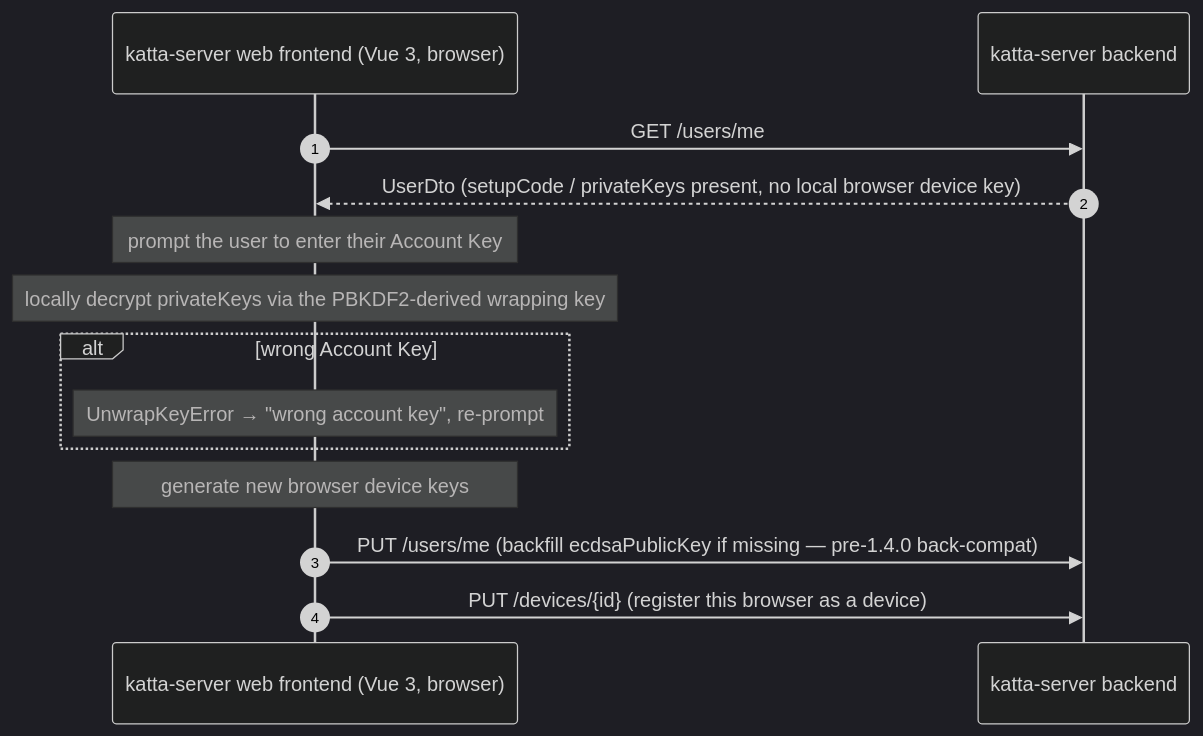
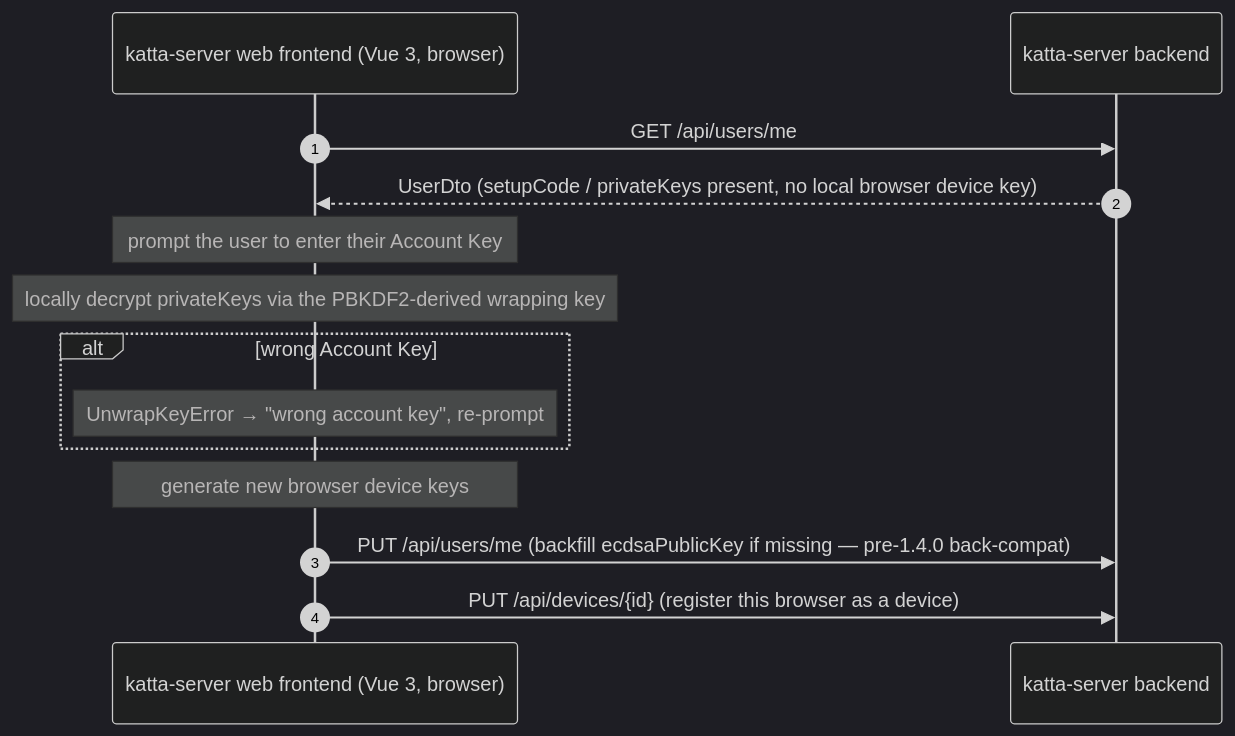
The fourth of 5 diagrams in docs/account_key_interactions.md (shift7-ch/katta-clientlib), drawn with Mermaid (dark theme) before and after one commit. The commit also changed other lines of this file and 3 other files, not shown here.

First line of the commit message:
Normalize all backend endpoint paths to the /api prefix

````diff
--- a/docs/account_key_interactions.md
+++ b/docs/account_key_interactions.md
@@ -129,16 +129,16 @@
 ```mermaid
 sequenceDiagram
     autonumber
     participant Web as katta-server web frontend (Vue 3, browser)
     participant HubBackend as katta-server backend
-    Web ->> HubBackend: GET /users/me
+    Web ->> HubBackend: GET /api/users/me
     HubBackend -->> Web: UserDto (setupCode / privateKeys present, no local browser device key)
     Note over Web: prompt the user to enter their Account Key
     Note over Web: locally decrypt privateKeys via the PBKDF2-derived wrapping key
     alt wrong Account Key
         Note over Web: UnwrapKeyError → "wrong account key", re-prompt
     end
     Note over Web: generate new browser device keys
-    Web ->> HubBackend: PUT /users/me (backfill ecdsaPublicKey if missing — pre-1.4.0 back-compat)
-    Web ->> HubBackend: PUT /devices/{id} (register this browser as a device)
+    Web ->> HubBackend: PUT /api/users/me (backfill ecdsaPublicKey if missing — pre-1.4.0 back-compat)
+    Web ->> HubBackend: PUT /api/devices/{id} (register this browser as a device)
 ```
````
